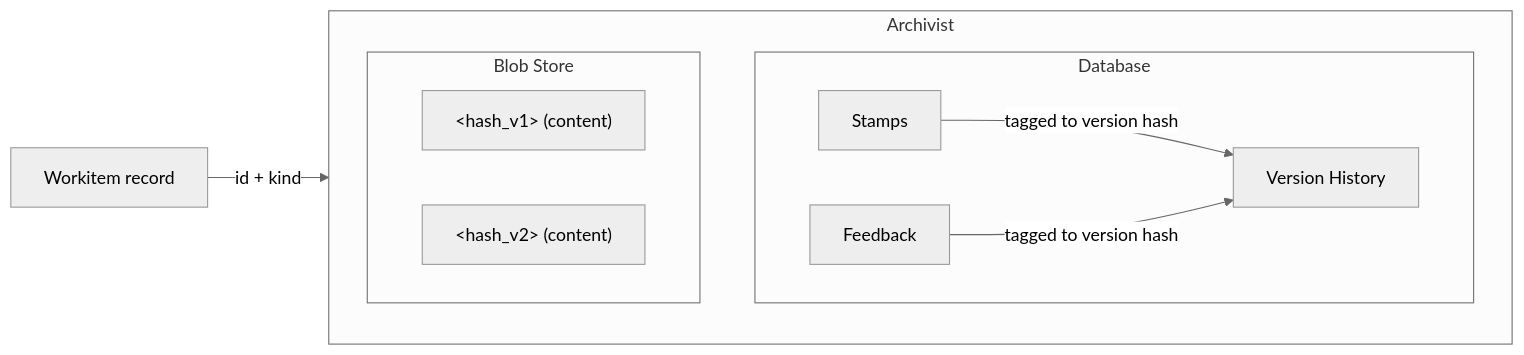
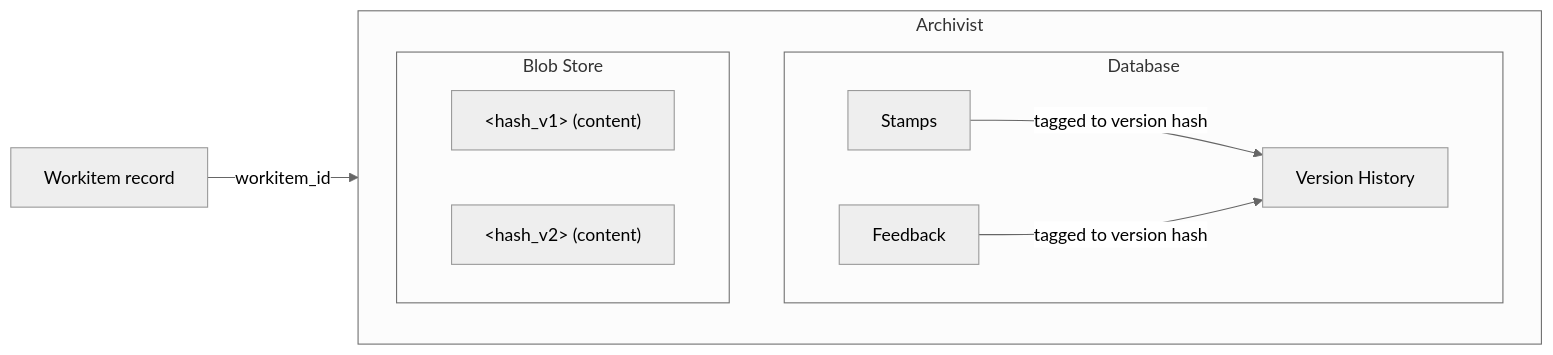
The second of 3 diagrams in 01-concepts/03-data-model.md (really-knows-ai/gideas), drawn with Mermaid (neutral theme) before and after one commit. The commit also changed other lines of this file and 12 other files, not shown here.

````diff
--- a/01-concepts/03-data-model.md
+++ b/01-concepts/03-data-model.md
@@ -165,18 +165,18 @@
 ```mermaid
 flowchart LR
     subgraph Archivist["Archivist"]
         direction TB
         subgraph DB["Database"]
             Versions["Version History"]
             Stamps["Stamps"]
             FB["Feedback"]
         end
         subgraph Blobs["Blob Store"]
             V1["&lt;hash_v1&gt; (content)"]
             V2["&lt;hash_v2&gt; (content)"]
         end
     end
-    WI["Workitem record"] -->|"id + kind"| DB
+    WI["Workitem record"] -->|"workitem_id"| DB
     Stamps -->|"tagged to version hash"| Versions
     FB -->|"tagged to version hash"| Versions
 ```
````
